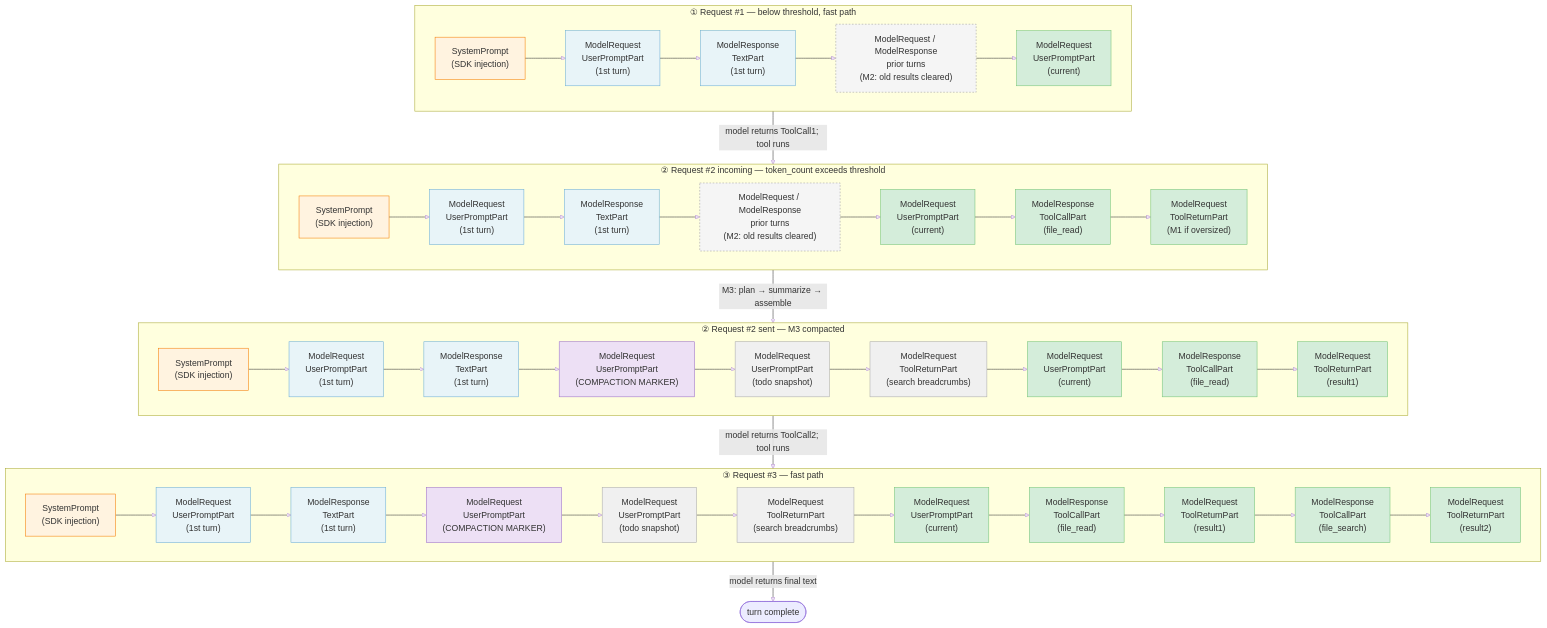
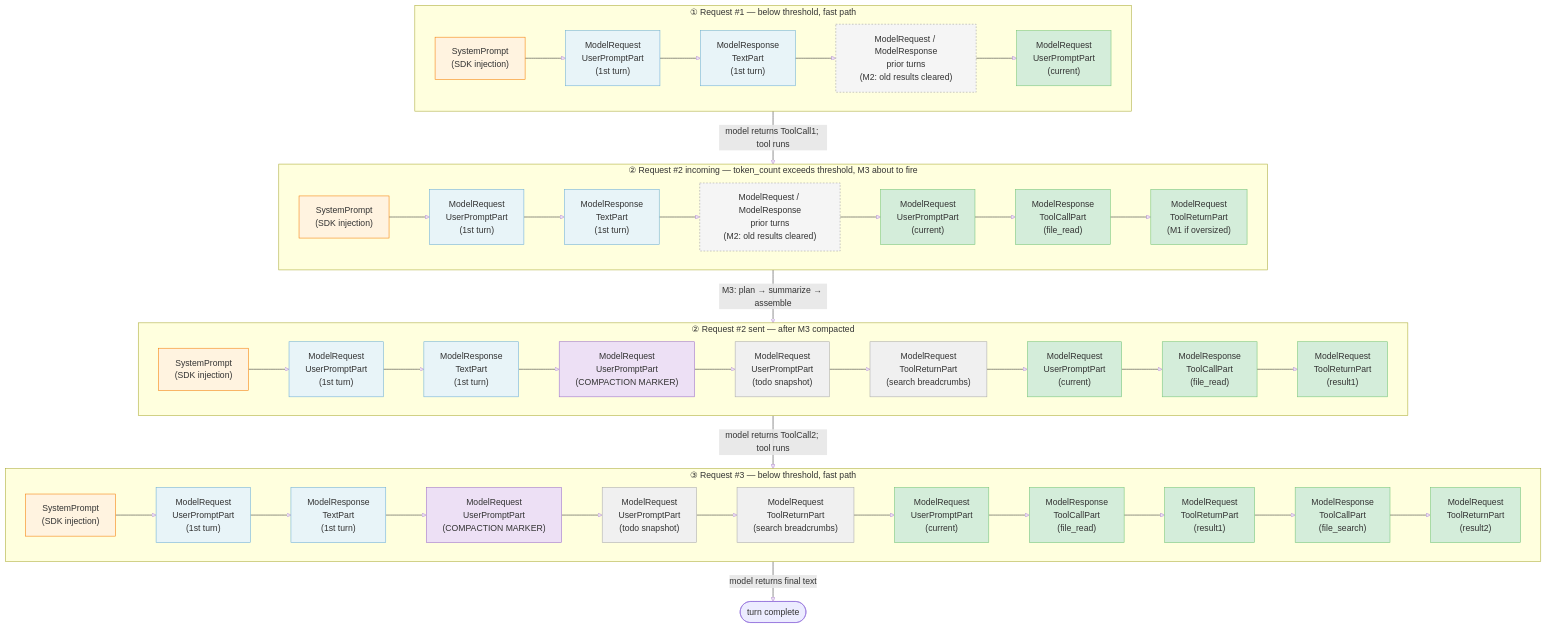
The fifth of 7 diagrams in docs/specs/compaction.md (binlecode/co-cli), drawn with Mermaid before and after one commit. The commit also changed other lines of this file and 3 other files, not shown here.

First line of the commit message:
docs(compaction): rewrite spec section 1 — expanded mechanism table, pipeline diagrams reordered and redrawn, source docstrings cleaned

````diff
--- a/docs/specs/compaction.md
+++ b/docs/specs/compaction.md
@@ -78,41 +241,41 @@
 ```mermaid
 flowchart TD
     subgraph MRN1["① Request #1 — below threshold, fast path"]
         direction LR
         r1_sp["SystemPrompt\n(SDK injection)"]:::syspr --> r1_h1["ModelRequest\nUserPromptPart\n(1st turn)"]:::head --> r1_h2["ModelResponse\nTextPart\n(1st turn)"]:::head --> r1_mid["ModelRequest / ModelResponse\nprior turns\n(M2: old results cleared)"]:::prior --> r1_cur["ModelRequest\nUserPromptPart\n(current)"]:::tail
     end
 
-    subgraph MRN2a["② Request #2 incoming — token_count exceeds threshold"]
+    subgraph MRN2a["② Request #2 incoming — token_count exceeds threshold, M3 about to fire"]
         direction LR
         r2a_sp["SystemPrompt\n(SDK injection)"]:::syspr --> r2a_h1["ModelRequest\nUserPromptPart\n(1st turn)"]:::head --> r2a_h2["ModelResponse\nTextPart\n(1st turn)"]:::head --> r2a_mid["ModelRequest / ModelResponse\nprior turns\n(M2: old results cleared)"]:::prior --> r2a_cur["ModelRequest\nUserPromptPart\n(current)"]:::tail --> r2a_tc1["ModelResponse\nToolCallPart\n(file_read)"]:::tail --> r2a_tr1["ModelRequest\nToolReturnPart\n(M1 if oversized)"]:::tail
     end
 
-    subgraph MRN2b["② Request #2 sent — M3 compacted"]
+    subgraph MRN2b["② Request #2 sent — after M3 compacted"]
         direction LR
         r2b_sp["SystemPrompt\n(SDK injection)"]:::syspr --> r2b_h1["ModelRequest\nUserPromptPart\n(1st turn)"]:::head --> r2b_h2["ModelResponse\nTextPart\n(1st turn)"]:::head --> r2b_mk["ModelRequest\nUserPromptPart\n(COMPACTION MARKER)"]:::marker --> r2b_td["ModelRequest\nUserPromptPart\n(todo snapshot)"]:::meta --> r2b_bc["ModelRequest\nToolReturnPart\n(search breadcrumbs)"]:::meta --> r2b_cur["ModelRequest\nUserPromptPart\n(current)"]:::tail --> r2b_tc1["ModelResponse\nToolCallPart\n(file_read)"]:::tail --> r2b_tr1["ModelRequest\nToolReturnPart\n(result1)"]:::tail
     end
 
-    subgraph MRN3["③ Request #3 — fast path"]
+    subgraph MRN3["③ Request #3 — below threshold, fast path"]
         direction LR
         r3_sp["SystemPrompt\n(SDK injection)"]:::syspr --> r3_h1["ModelRequest\nUserPromptPart\n(1st turn)"]:::head --> r3_h2["ModelResponse\nTextPart\n(1st turn)"]:::head --> r3_mk["ModelRequest\nUserPromptPart\n(COMPACTION MARKER)"]:::marker --> r3_td["ModelRequest\nUserPromptPart\n(todo snapshot)"]:::meta --> r3_bc["ModelRequest\nToolReturnPart\n(search breadcrumbs)"]:::meta --> r3_cur["ModelRequest\nUserPromptPart\n(current)"]:::tail --> r3_tc1["ModelResponse\nToolCallPart\n(file_read)"]:::tail --> r3_tr1["ModelRequest\nToolReturnPart\n(result1)"]:::tail --> r3_tc2["ModelResponse\nToolCallPart\n(file_search)"]:::tail --> r3_tr2["ModelRequest\nToolReturnPart\n(result2)"]:::tail
     end
 
     MRN1 -->|"model returns ToolCall1; tool runs"| MRN2a
     MRN2a -->|"M3: plan → summarize → assemble"| MRN2b
     MRN2b -->|"model returns ToolCall2; tool runs"| MRN3
     MRN3 -->|"model returns final text"| Done(["turn complete"])
 
     classDef syspr fill:#fff3e0,stroke:#f57c00
     classDef head fill:#e8f4f8,stroke:#6baed6
     classDef prior fill:#f5f5f5,stroke:#9e9e9e,stroke-dasharray:3 3
     classDef marker fill:#ede0f5,stroke:#9c6fc7
     classDef meta fill:#f0f0f0,stroke:#aaa
     classDef tail fill:#d4edda,stroke:#74c476
 
     class r1_sp,r2a_sp,r2b_sp,r3_sp syspr
     class r1_h1,r1_h2,r2a_h1,r2a_h2,r2b_h1,r2b_h2,r3_h1,r3_h2 head
     class r1_mid,r2a_mid prior
     class r2b_mk,r3_mk marker
     class r2b_td,r2b_bc,r3_td,r3_bc meta
     class r1_cur,r2a_cur,r2a_tc1,r2a_tr1,r2b_cur,r2b_tc1,r2b_tr1,r3_cur,r3_tc1,r3_tr1,r3_tc2,r3_tr2 tail
 ```
````
